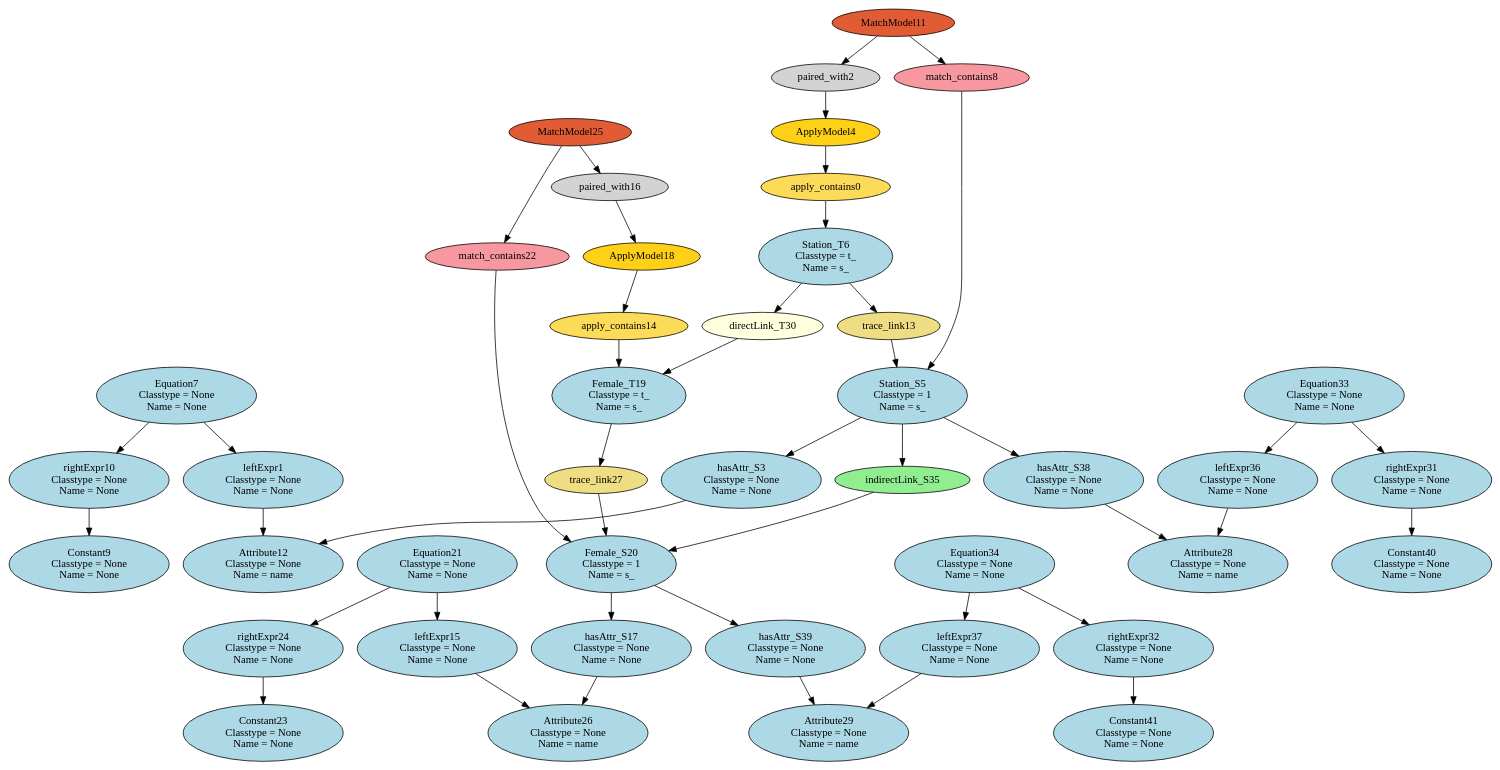
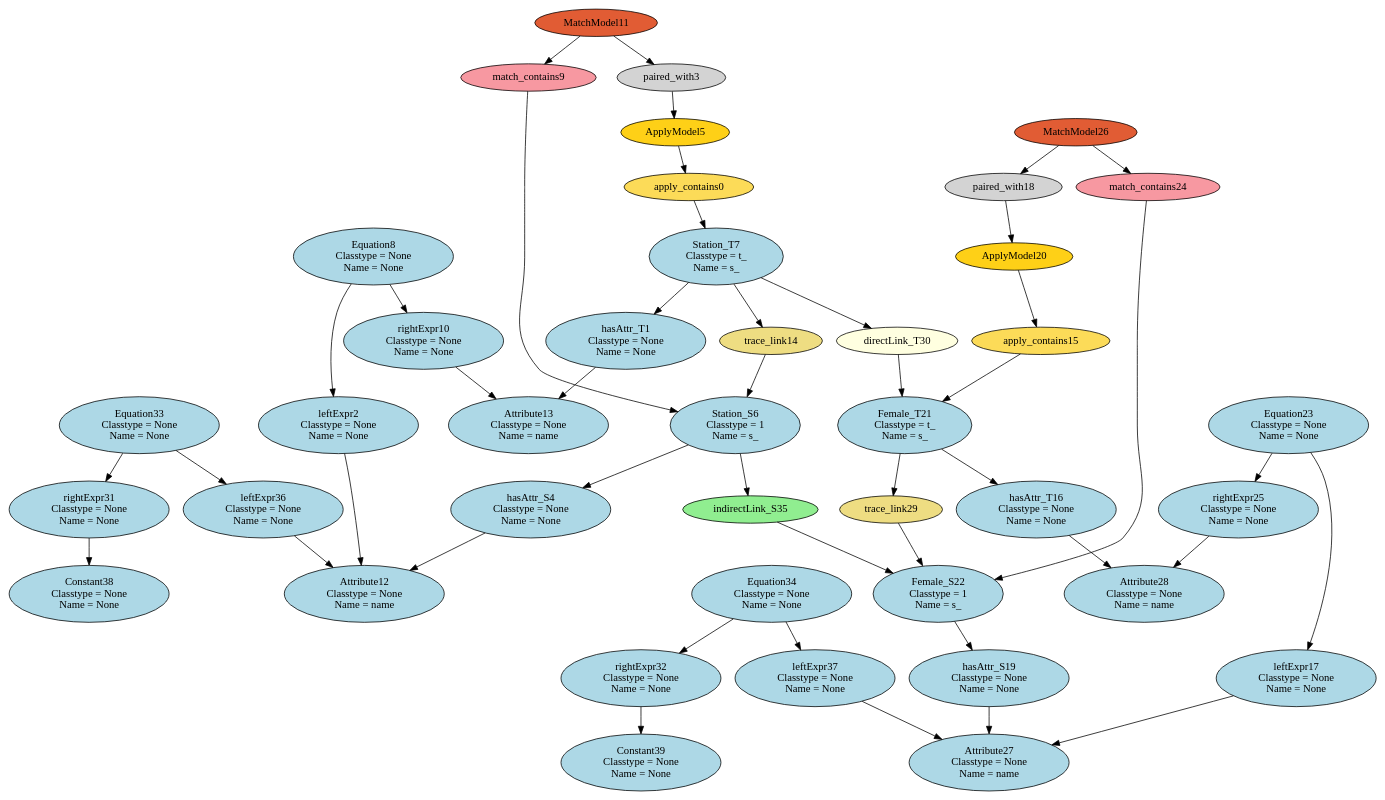
The diagram in dot/HEmptyPathCondition_HS2S_HF2F_HSF2SF.dot (levilucio/SyVOLT), drawn with Graphviz before and after one commit. The commit also changed 141 other files, not shown here.

```diff
--- a/dot/HEmptyPathCondition_HS2S_HF2F_HSF2SF.dot
+++ b/dot/HEmptyPathCondition_HS2S_HF2F_HSF2SF.dot
@@ -1,88 +1,86 @@
 digraph HEmptyPathCondition_HS2S_HF2F_HSF2SF {
 apply_contains0 [style=filled, fillcolor="#FCDB58"];
-"leftExpr1\n Classtype = None\n Name = None" [style=filled, fillcolor=lightblue];
-paired_with2 [style=filled, fillcolor=lightgray];
-"hasAttr_S3\n Classtype = None\n Name = None" [style=filled, fillcolor=lightblue];
-ApplyModel4 [style=filled, fillcolor="#FED017"];
-"Station_S5\n Classtype = 1\n Name = s_" [style=filled, fillcolor=lightblue];
-"Station_T6\n Classtype = t_\n Name = s_" [style=filled, fillcolor=lightblue];
-"Equation7\n Classtype = None\n Name = None" [style=filled, fillcolor=lightblue];
-match_contains8 [style=filled, fillcolor="#F798A1"];
-"Constant9\n Classtype = None\n Name = None" [style=filled, fillcolor=lightblue];
+"hasAttr_T1\n Classtype = None\n Name = None" [style=filled, fillcolor=lightblue];
+"leftExpr2\n Classtype = None\n Name = None" [style=filled, fillcolor=lightblue];
+paired_with3 [style=filled, fillcolor=lightgray];
+"hasAttr_S4\n Classtype = None\n Name = None" [style=filled, fillcolor=lightblue];
+ApplyModel5 [style=filled, fillcolor="#FED017"];
+"Station_S6\n Classtype = 1\n Name = s_" [style=filled, fillcolor=lightblue];
+"Station_T7\n Classtype = t_\n Name = s_" [style=filled, fillcolor=lightblue];
+"Equation8\n Classtype = None\n Name = None" [style=filled, fillcolor=lightblue];
+match_contains9 [style=filled, fillcolor="#F798A1"];
 "rightExpr10\n Classtype = None\n Name = None" [style=filled, fillcolor=lightblue];
 MatchModel11 [style=filled, fillcolor="#E15C34"];
 "Attribute12\n Classtype = None\n Name = name" [style=filled, fillcolor=lightblue];
-trace_link13 [style=filled, fillcolor=lightgoldenrod];
-apply_contains14 [style=filled, fillcolor="#FCDB58"];
-"leftExpr15\n Classtype = None\n Name = None" [style=filled, fillcolor=lightblue];
-paired_with16 [style=filled, fillcolor=lightgray];
-"hasAttr_S17\n Classtype = None\n Name = None" [style=filled, fillcolor=lightblue];
-ApplyModel18 [style=filled, fillcolor="#FED017"];
-"Female_T19\n Classtype = t_\n Name = s_" [style=filled, fillcolor=lightblue];
-"Female_S20\n Classtype = 1\n Name = s_" [style=filled, fillcolor=lightblue];
-"Equation21\n Classtype = None\n Name = None" [style=filled, fillcolor=lightblue];
-match_contains22 [style=filled, fillcolor="#F798A1"];
-"Constant23\n Classtype = None\n Name = None" [style=filled, fillcolor=lightblue];
-"rightExpr24\n Classtype = None\n Name = None" [style=filled, fillcolor=lightblue];
-MatchModel25 [style=filled, fillcolor="#E15C34"];
-"Attribute26\n Classtype = None\n Name = name" [style=filled, fillcolor=lightblue];
-trace_link27 [style=filled, fillcolor=lightgoldenrod];
+"Attribute13\n Classtype = None\n Name = name" [style=filled, fillcolor=lightblue];
+trace_link14 [style=filled, fillcolor=lightgoldenrod];
+apply_contains15 [style=filled, fillcolor="#FCDB58"];
+"hasAttr_T16\n Classtype = None\n Name = None" [style=filled, fillcolor=lightblue];
+"leftExpr17\n Classtype = None\n Name = None" [style=filled, fillcolor=lightblue];
+paired_with18 [style=filled, fillcolor=lightgray];
+"hasAttr_S19\n Classtype = None\n Name = None" [style=filled, fillcolor=lightblue];
+ApplyModel20 [style=filled, fillcolor="#FED017"];
+"Female_T21\n Classtype = t_\n Name = s_" [style=filled, fillcolor=lightblue];
+"Female_S22\n Classtype = 1\n Name = s_" [style=filled, fillcolor=lightblue];
+"Equation23\n Classtype = None\n Name = None" [style=filled, fillcolor=lightblue];
+match_contains24 [style=filled, fillcolor="#F798A1"];
+"rightExpr25\n Classtype = None\n Name = None" [style=filled, fillcolor=lightblue];
+MatchModel26 [style=filled, fillcolor="#E15C34"];
+"Attribute27\n Classtype = None\n Name = name" [style=filled, fillcolor=lightblue];
 "Attribute28\n Classtype = None\n Name = name" [style=filled, fillcolor=lightblue];
-"Attribute29\n Classtype = None\n Name = name" [style=filled, fillcolor=lightblue];
+trace_link29 [style=filled, fillcolor=lightgoldenrod];
 "directLink_T30\n" [style=filled, fillcolor=lightyellow];
 "rightExpr31\n Classtype = None\n Name = None" [style=filled, fillcolor=lightblue];
 "rightExpr32\n Classtype = None\n Name = None" [style=filled, fillcolor=lightblue];
 "Equation33\n Classtype = None\n Name = None" [style=filled, fillcolor=lightblue];
 "Equation34\n Classtype = None\n Name = None" [style=filled, fillcolor=lightblue];
 indirectLink_S35 [style=filled, fillcolor=lightgreen];
 "leftExpr36\n Classtype = None\n Name = None" [style=filled, fillcolor=lightblue];
 "leftExpr37\n Classtype = None\n Name = None" [style=filled, fillcolor=lightblue];
-"hasAttr_S38\n Classtype = None\n Name = None" [style=filled, fillcolor=lightblue];
-"hasAttr_S39\n Classtype = None\n Name = None" [style=filled, fillcolor=lightblue];
-"Constant40\n Classtype = None\n Name = None" [style=filled, fillcolor=lightblue];
-"Constant41\n Classtype = None\n Name = None" [style=filled, fillcolor=lightblue];
-ApplyModel4 -> apply_contains0;
-apply_contains0 -> "Station_T6\n Classtype = t_\n Name = s_";
-"Equation7\n Classtype = None\n Name = None" -> "leftExpr1\n Classtype = None\n Name = None";
-"leftExpr1\n Classtype = None\n Name = None" -> "Attribute12\n Classtype = None\n Name = name";
-MatchModel11 -> paired_with2;
-paired_with2 -> ApplyModel4;
-"Station_S5\n Classtype = 1\n Name = s_" -> "hasAttr_S3\n Classtype = None\n Name = None";
-"hasAttr_S3\n Classtype = None\n Name = None" -> "Attribute12\n Classtype = None\n Name = name";
-match_contains8 -> "Station_S5\n Classtype = 1\n Name = s_";
-"Equation7\n Classtype = None\n Name = None" -> "rightExpr10\n Classtype = None\n Name = None";
-MatchModel11 -> match_contains8;
-"rightExpr10\n Classtype = None\n Name = None" -> "Constant9\n Classtype = None\n Name = None";
-trace_link13 -> "Station_S5\n Classtype = 1\n Name = s_";
-"Station_T6\n Classtype = t_\n Name = s_" -> trace_link13;
-ApplyModel18 -> apply_contains14;
-apply_contains14 -> "Female_T19\n Classtype = t_\n Name = s_";
-"Equation21\n Classtype = None\n Name = None" -> "leftExpr15\n Classtype = None\n Name = None";
-"leftExpr15\n Classtype = None\n Name = None" -> "Attribute26\n Classtype = None\n Name = name";
-MatchModel25 -> paired_with16;
-paired_with16 -> ApplyModel18;
-"Female_S20\n Classtype = 1\n Name = s_" -> "hasAttr_S17\n Classtype = None\n Name = None";
-"hasAttr_S17\n Classtype = None\n Name = None" -> "Attribute26\n Classtype = None\n Name = name";
-match_contains22 -> "Female_S20\n Classtype = 1\n Name = s_";
-"Equation21\n Classtype = None\n Name = None" -> "rightExpr24\n Classtype = None\n Name = None";
-MatchModel25 -> match_contains22;
-"rightExpr24\n Classtype = None\n Name = None" -> "Constant23\n Classtype = None\n Name = None";
-trace_link27 -> "Female_S20\n Classtype = 1\n Name = s_";
-"Female_T19\n Classtype = t_\n Name = s_" -> trace_link27;
-"Station_S5\n Classtype = 1\n Name = s_" -> indirectLink_S35;
-indirectLink_S35 -> "Female_S20\n Classtype = 1\n Name = s_";
-"hasAttr_S38\n Classtype = None\n Name = None" -> "Attribute28\n Classtype = None\n Name = name";
-"leftExpr36\n Classtype = None\n Name = None" -> "Attribute28\n Classtype = None\n Name = name";
+"Constant38\n Classtype = None\n Name = None" [style=filled, fillcolor=lightblue];
+"Constant39\n Classtype = None\n Name = None" [style=filled, fillcolor=lightblue];
+ApplyModel5 -> apply_contains0;
+apply_contains0 -> "Station_T7\n Classtype = t_\n Name = s_";
+"Station_T7\n Classtype = t_\n Name = s_" -> "hasAttr_T1\n Classtype = None\n Name = None";
+"hasAttr_T1\n Classtype = None\n Name = None" -> "Attribute13\n Classtype = None\n Name = name";
+"Equation8\n Classtype = None\n Name = None" -> "leftExpr2\n Classtype = None\n Name = None";
+"leftExpr2\n Classtype = None\n Name = None" -> "Attribute12\n Classtype = None\n Name = name";
+MatchModel11 -> paired_with3;
+paired_with3 -> ApplyModel5;
+"Station_S6\n Classtype = 1\n Name = s_" -> "hasAttr_S4\n Classtype = None\n Name = None";
+"hasAttr_S4\n Classtype = None\n Name = None" -> "Attribute12\n Classtype = None\n Name = name";
+match_contains9 -> "Station_S6\n Classtype = 1\n Name = s_";
+"Equation8\n Classtype = None\n Name = None" -> "rightExpr10\n Classtype = None\n Name = None";
+MatchModel11 -> match_contains9;
+"rightExpr10\n Classtype = None\n Name = None" -> "Attribute13\n Classtype = None\n Name = name";
+trace_link14 -> "Station_S6\n Classtype = 1\n Name = s_";
+"Station_T7\n Classtype = t_\n Name = s_" -> trace_link14;
+ApplyModel20 -> apply_contains15;
+apply_contains15 -> "Female_T21\n Classtype = t_\n Name = s_";
+"Female_T21\n Classtype = t_\n Name = s_" -> "hasAttr_T16\n Classtype = None\n Name = None";
+"hasAttr_T16\n Classtype = None\n Name = None" -> "Attribute28\n Classtype = None\n Name = name";
+"Equation23\n Classtype = None\n Name = None" -> "leftExpr17\n Classtype = None\n Name = None";
+"leftExpr17\n Classtype = None\n Name = None" -> "Attribute27\n Classtype = None\n Name = name";
+MatchModel26 -> paired_with18;
+paired_with18 -> ApplyModel20;
+"Female_S22\n Classtype = 1\n Name = s_" -> "hasAttr_S19\n Classtype = None\n Name = None";
+"hasAttr_S19\n Classtype = None\n Name = None" -> "Attribute27\n Classtype = None\n Name = name";
+match_contains24 -> "Female_S22\n Classtype = 1\n Name = s_";
+"Equation23\n Classtype = None\n Name = None" -> "rightExpr25\n Classtype = None\n Name = None";
+MatchModel26 -> match_contains24;
+"rightExpr25\n Classtype = None\n Name = None" -> "Attribute28\n Classtype = None\n Name = name";
+trace_link29 -> "Female_S22\n Classtype = 1\n Name = s_";
+"Female_T21\n Classtype = t_\n Name = s_" -> trace_link29;
+"Station_S6\n Classtype = 1\n Name = s_" -> indirectLink_S35;
+indirectLink_S35 -> "Female_S22\n Classtype = 1\n Name = s_";
 "Equation33\n Classtype = None\n Name = None" -> "rightExpr31\n Classtype = None\n Name = None";
 "Equation33\n Classtype = None\n Name = None" -> "leftExpr36\n Classtype = None\n Name = None";
-"rightExpr31\n Classtype = None\n Name = None" -> "Constant40\n Classtype = None\n Name = None";
-"Station_S5\n Classtype = 1\n Name = s_" -> "hasAttr_S38\n Classtype = None\n Name = None";
-"leftExpr37\n Classtype = None\n Name = None" -> "Attribute29\n Classtype = None\n Name = name";
-"hasAttr_S39\n Classtype = None\n Name = None" -> "Attribute29\n Classtype = None\n Name = name";
+"rightExpr31\n Classtype = None\n Name = None" -> "Constant38\n Classtype = None\n Name = None";
 "Equation34\n Classtype = None\n Name = None" -> "rightExpr32\n Classtype = None\n Name = None";
 "Equation34\n Classtype = None\n Name = None" -> "leftExpr37\n Classtype = None\n Name = None";
-"rightExpr32\n Classtype = None\n Name = None" -> "Constant41\n Classtype = None\n Name = None";
-"Station_T6\n Classtype = t_\n Name = s_" -> "directLink_T30\n";
-"directLink_T30\n" -> "Female_T19\n Classtype = t_\n Name = s_";
-"Female_S20\n Classtype = 1\n Name = s_" -> "hasAttr_S39\n Classtype = None\n Name = None";
+"rightExpr32\n Classtype = None\n Name = None" -> "Constant39\n Classtype = None\n Name = None";
+"leftExpr36\n Classtype = None\n Name = None" -> "Attribute12\n Classtype = None\n Name = name";
+"leftExpr37\n Classtype = None\n Name = None" -> "Attribute27\n Classtype = None\n Name = name";
+"Station_T7\n Classtype = t_\n Name = s_" -> "directLink_T30\n";
+"directLink_T30\n" -> "Female_T21\n Classtype = t_\n Name = s_";
 }
```
